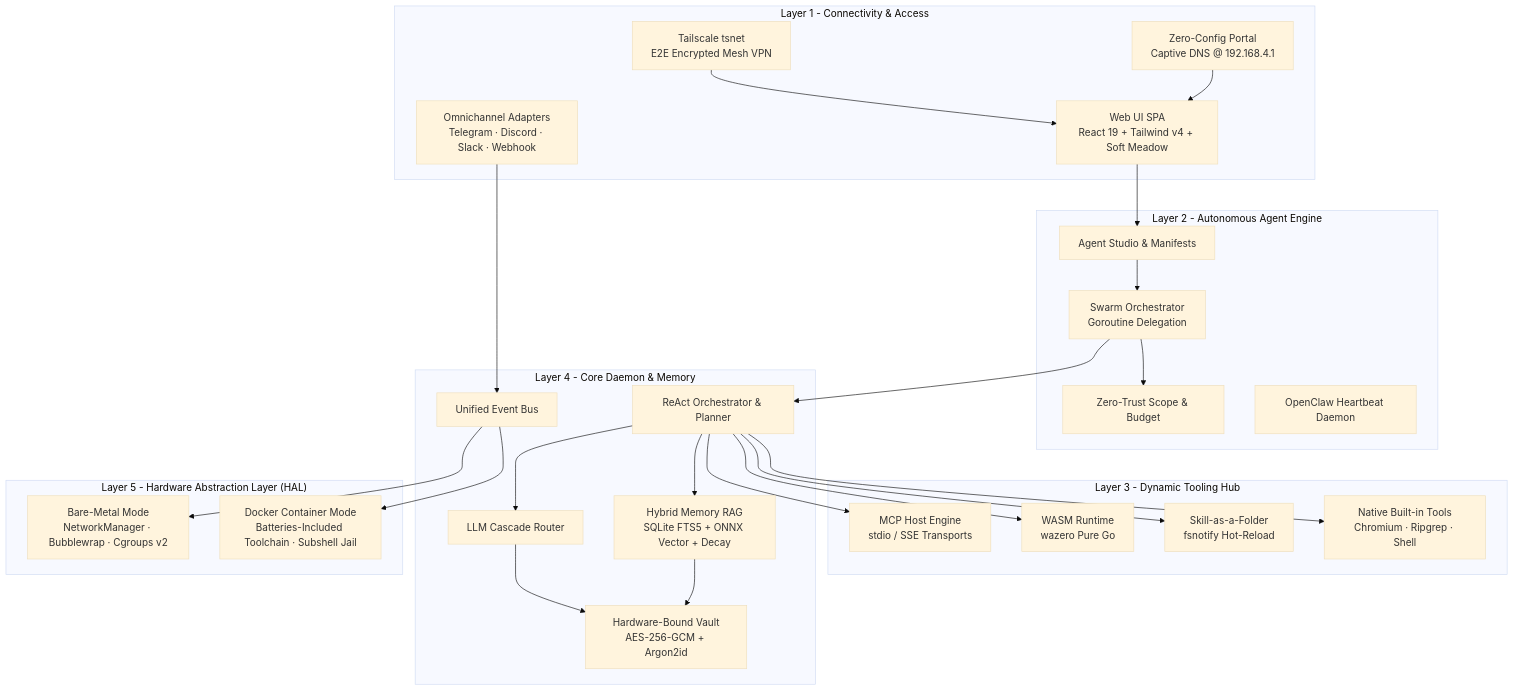
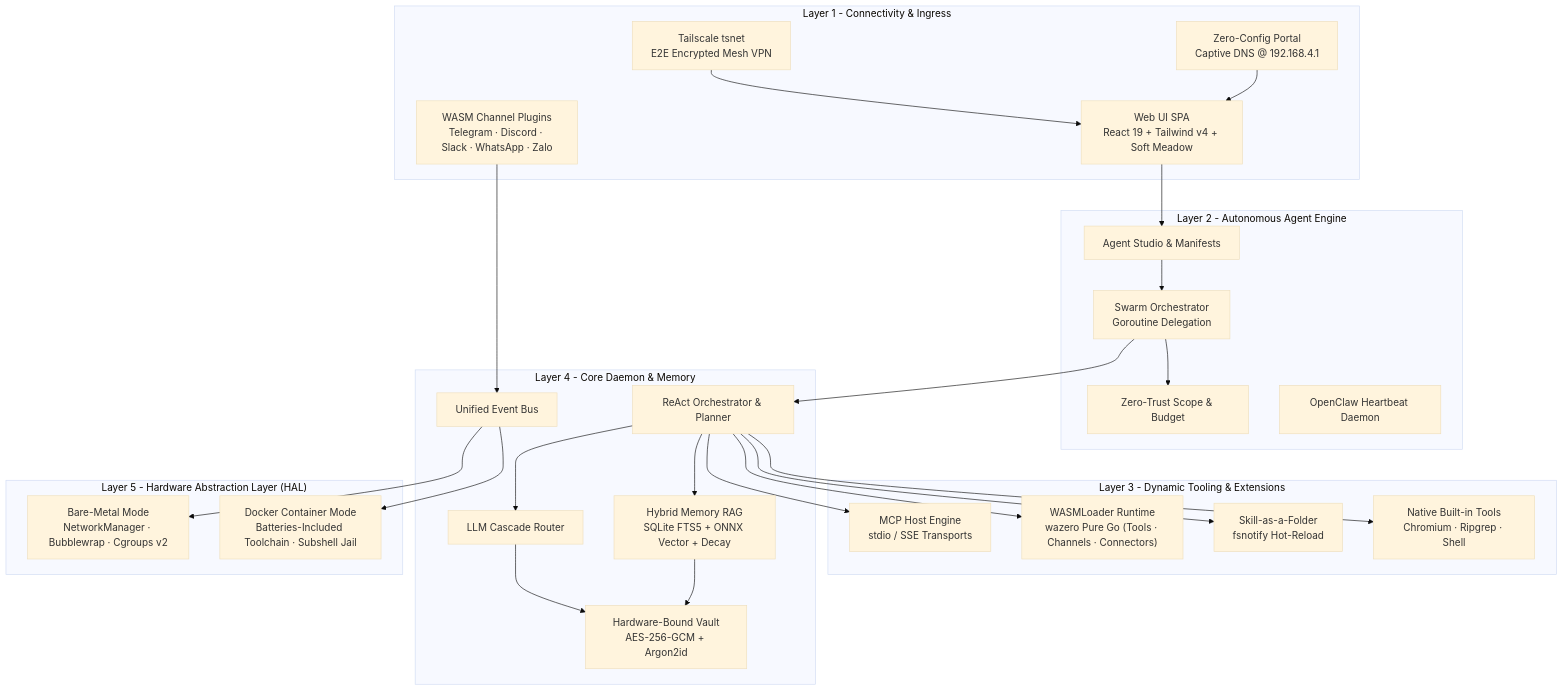
Before and after one commit to actonos/docs: the diagram in versioned_docs/version-0.1/getting-started/overview.mdx, drawn with Mermaid (base theme). The commit also changed other lines of this file and 57 other files, not shown here.

````diff
--- a/versioned_docs/version-0.1/getting-started/overview.mdx
+++ b/versioned_docs/version-0.1/getting-started/overview.mdx
@@ -14,54 +14,54 @@
 ```mermaid
 graph TB
-    subgraph "Layer 1 - Connectivity & Access"
+    subgraph "Layer 1 - Connectivity & Ingress"
         TSNET["Tailscale tsnet<br/>E2E Encrypted Mesh VPN"]
         WEBUI["Web UI SPA<br/>React 19 + Tailwind v4 + Soft Meadow"]
-        CHANNELS["Omnichannel Adapters<br/>Telegram · Discord · Slack · Webhook"]
+        CHANNELS["WASM Channel Plugins<br/>Telegram · Discord · Slack · WhatsApp · Zalo"]
         PORTAL["Zero-Config Portal<br/>Captive DNS @ 192.168.4.1"]
     end
 
     subgraph "Layer 2 - Autonomous Agent Engine"
         STUDIO["Agent Studio & Manifests"]
         SWARM["Swarm Orchestrator<br/>Goroutine Delegation"]
         DELEGATION["Zero-Trust Scope & Budget"]
         HEARTBEAT["OpenClaw Heartbeat Daemon"]
     end
 
-    subgraph "Layer 3 - Dynamic Tooling Hub"
+    subgraph "Layer 3 - Dynamic Tooling & Extensions"
         MCP["MCP Host Engine<br/>stdio / SSE Transports"]
-        WASM["WASM Runtime<br/>wazero Pure Go"]
+        WASM["WASMLoader Runtime<br/>wazero Pure Go (Tools · Channels · Connectors)"]
         SKILLS["Skill-as-a-Folder<br/>fsnotify Hot-Reload"]
         NATIVE["Native Built-in Tools<br/>Chromium · Ripgrep · Shell"]
     end
 
     subgraph "Layer 4 - Core Daemon & Memory"
         BUS["Unified Event Bus"]
         REACT["ReAct Orchestrator & Planner"]
         CASCADE["LLM Cascade Router"]
         MEMORY["Hybrid Memory RAG<br/>SQLite FTS5 + ONNX Vector + Decay"]
         VAULT["Hardware-Bound Vault<br/>AES-256-GCM + Argon2id"]
     end
 
     subgraph "Layer 5 - Hardware Abstraction Layer (HAL)"
         BARE["Bare-Metal Mode<br/>NetworkManager · Bubblewrap · Cgroups v2"]
         DOCKER["Docker Container Mode<br/>Batteries-Included Toolchain · Subshell Jail"]
     end
 
     WEBUI --> STUDIO
     CHANNELS --> BUS
     TSNET --> WEBUI
     PORTAL --> WEBUI
     STUDIO --> SWARM
     SWARM --> DELEGATION
     SWARM --> REACT
     REACT --> MCP
     REACT --> WASM
     REACT --> SKILLS
     REACT --> NATIVE
     REACT --> CASCADE
     REACT --> MEMORY
     CASCADE --> VAULT
     MEMORY --> VAULT
     BUS --> BARE
     BUS --> DOCKER
 ```
````
